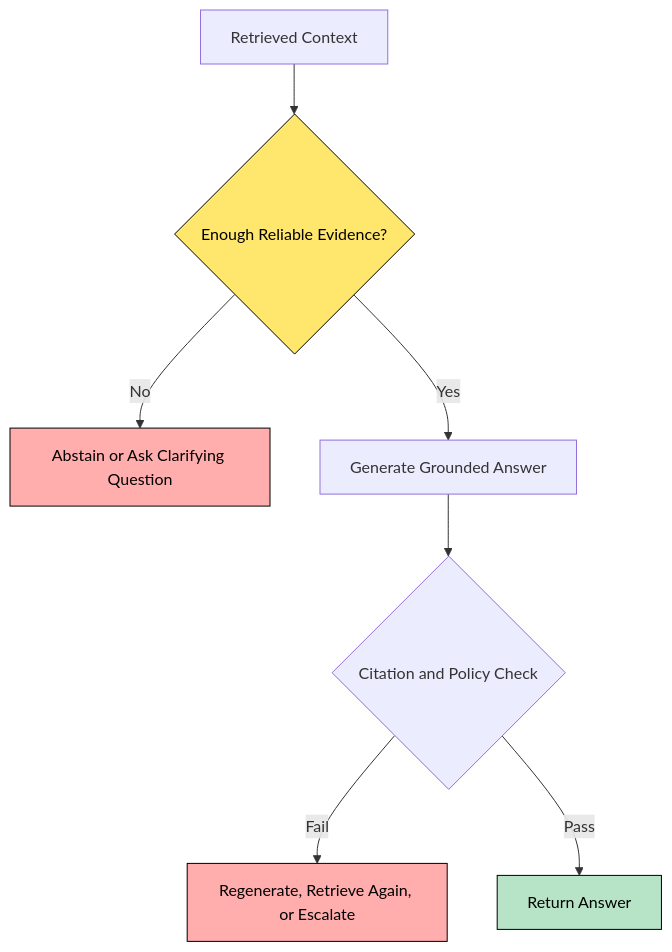
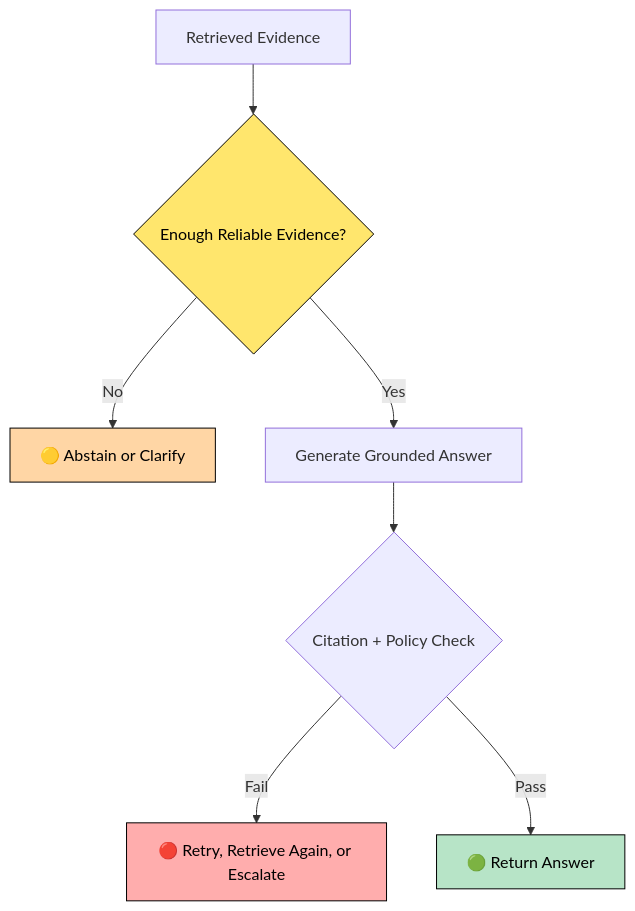
The third of 4 diagrams in 05-GenAI-RAG-Interview-QA.md (azam123/Engineering-Interview-Prep), drawn with Mermaid before and after one commit. The commit also changed other lines of this file, not shown here.

````diff
--- a/05-GenAI-RAG-Interview-QA.md
+++ b/05-GenAI-RAG-Interview-QA.md
@@ -217,14 +198,14 @@
 ```mermaid
 flowchart TD
-    A[Retrieved Context] --> B{Enough Reliable Evidence?}
-    B -- No --> C[Abstain or Ask Clarifying Question]
+    A[Retrieved Evidence] --> B{Enough Reliable Evidence?}
+    B -- No --> C[🟡 Abstain or Clarify]
     B -- Yes --> D[Generate Grounded Answer]
-    D --> E{Citation and Policy Check}
-    E -- Fail --> F[Regenerate, Retrieve Again, or Escalate]
-    E -- Pass --> G[Return Answer]
+    D --> E{Citation + Policy Check}
+    E -- Fail --> F[🔴 Retry, Retrieve Again, or Escalate]
+    E -- Pass --> G[🟢 Return Answer]
 
     style B fill:#ffe66d,color:#000,stroke:#000
-    style C fill:#ffadad,color:#000,stroke:#000
+    style C fill:#ffd6a5,color:#000,stroke:#000
     style F fill:#ffadad,color:#000,stroke:#000
     style G fill:#b7e4c7,color:#000,stroke:#000
 ```
````
